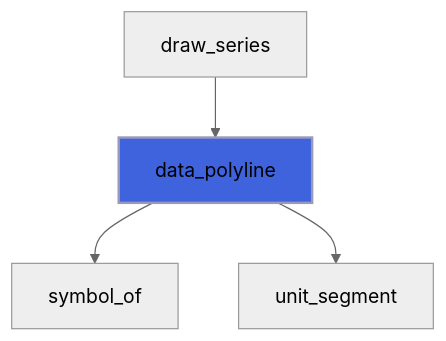
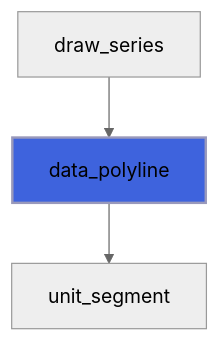
Diagram 15 of 30 in docs/api/src/lib/foresight_backend_dumb.md (szaghi/foresight), drawn with Mermaid (neutral theme) before and after one commit. The commit also changed other lines of this file and 97 other files, not shown here.

````diff
--- a/docs/api/src/lib/foresight_backend_dumb.md
+++ b/docs/api/src/lib/foresight_backend_dumb.md
@@ -473,7 +503,6 @@
 ```mermaid
 flowchart TD
   draw_series["draw_series"] --> data_polyline["data_polyline"]
-  data_polyline["data_polyline"] --> symbol_of["symbol_of"]
   data_polyline["data_polyline"] --> unit_segment["unit_segment"]
   style data_polyline fill:#3e63dd,stroke:#99b,stroke-width:2px
 ```
````
